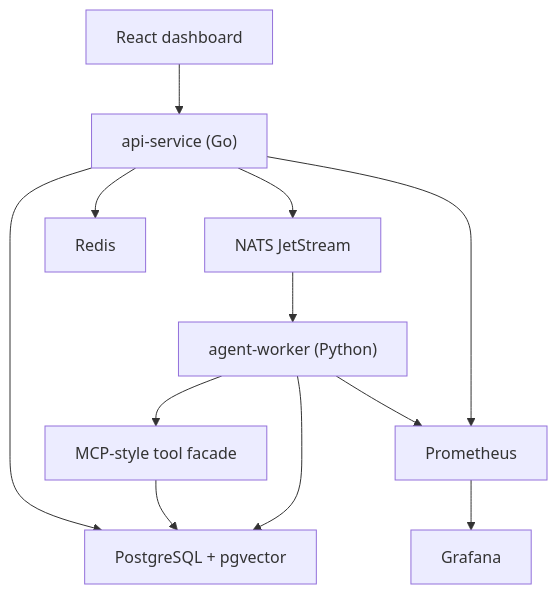
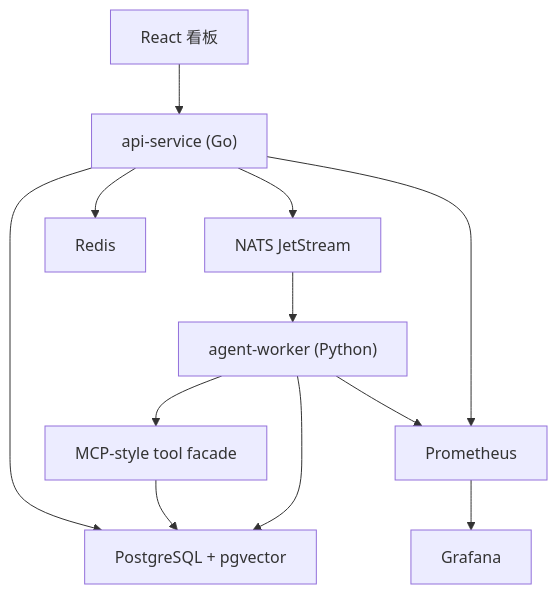
The first of 2 diagrams in docs/architecture.md (1747687484-collab/incidentpilot), drawn with Mermaid before and after one commit. The commit also changed other lines of this file and 11 other files, not shown here.

````diff
--- a/docs/architecture.md
+++ b/docs/architecture.md
@@ -7,14 +7,14 @@
 ```mermaid
 flowchart TD
-  Browser["React dashboard"] --> API["api-service (Go)"]
+  Browser["React 看板"] --> API["api-service (Go)"]
   API --> Postgres["PostgreSQL + pgvector"]
   API --> Redis["Redis"]
   API --> NATS["NATS JetStream"]
   NATS --> Worker["agent-worker (Python)"]
   Worker --> ToolFacade["MCP-style tool facade"]
   ToolFacade --> Postgres
   Worker --> Postgres
   API --> Prometheus
   Worker --> Prometheus
   Prometheus --> Grafana
 ```
````
